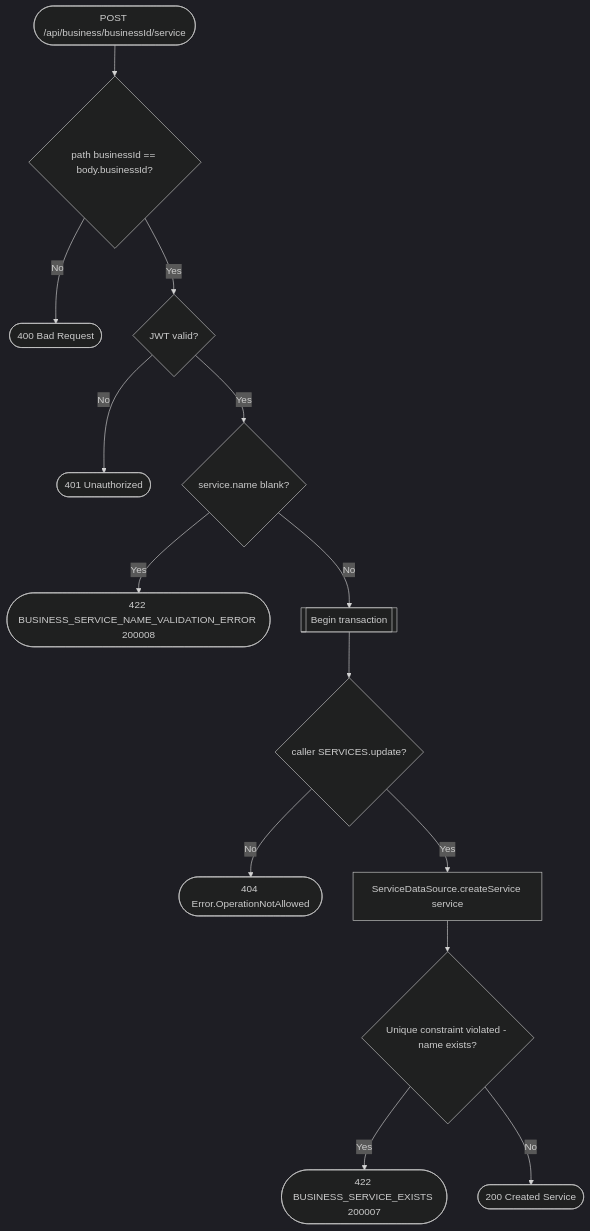
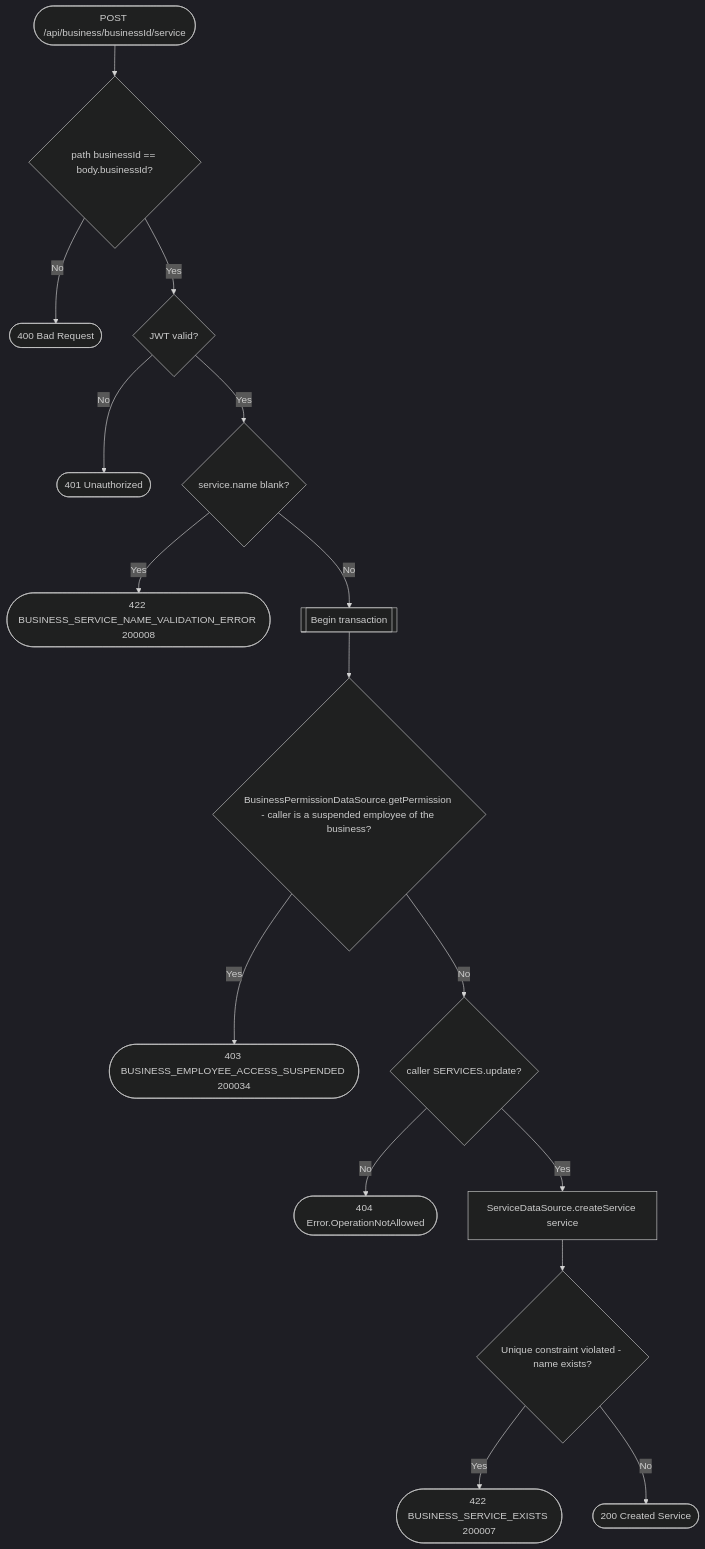
Before and after one commit to an22/bookk.me-backend: the diagram in docs/operations/business/create-service.md, drawn with Mermaid (dark theme). The commit also changed 65 other files, not shown here.

````diff
--- a/docs/operations/business/create-service.md
+++ b/docs/operations/business/create-service.md
@@ -5,16 +5,18 @@
 ```mermaid
 flowchart TD
     Start([POST /api/business/businessId/service]) --> PathCheck{path businessId == body.businessId?}
     PathCheck -- No --> R400([400 Bad Request])
     PathCheck -- Yes --> Auth{JWT valid?}
     Auth -- No --> R401([401 Unauthorized])
     Auth -- Yes --> NameCheck{service.name blank?}
     NameCheck -- Yes --> R422a([422 BUSINESS_SERVICE_NAME_VALIDATION_ERROR 200008])
     NameCheck -- No --> Tx[[Begin transaction]]
-    Tx --> Perm{caller SERVICES.update?}
+    Tx --> Suspended{BusinessPermissionDataSource.getPermission - caller is a suspended employee of the business?}
+    Suspended -- Yes --> R403s([403 BUSINESS_EMPLOYEE_ACCESS_SUSPENDED 200034])
+    Suspended -- No --> Perm{caller SERVICES.update?}
     Perm -- No --> R404([404 Error.OperationNotAllowed])
     Perm -- Yes --> Create[ServiceDataSource.createService service]
     Create --> Constraint{Unique constraint violated - name exists?}
     Constraint -- Yes --> R422b([422 BUSINESS_SERVICE_EXISTS 200007])
     Constraint -- No --> R200([200 Created Service])
 ```
````
